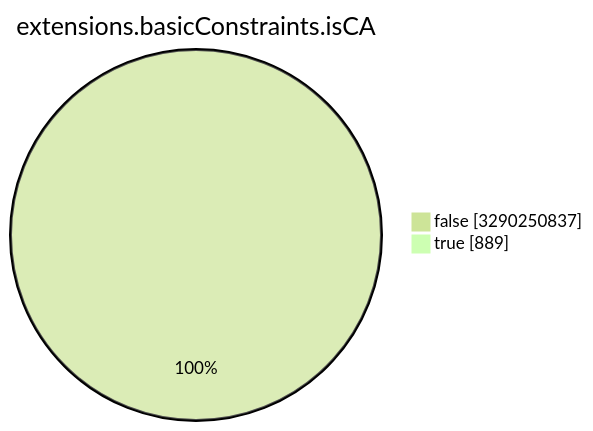
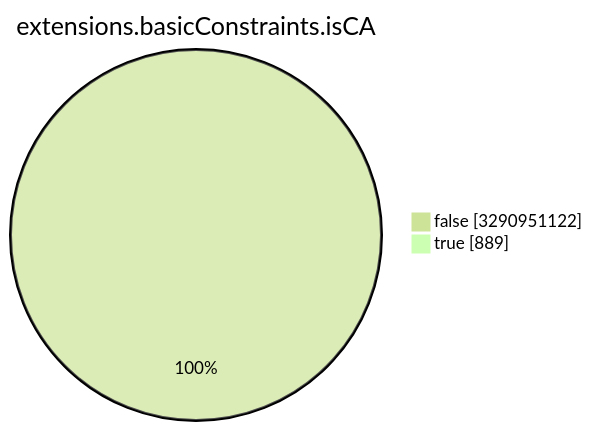
One commit to christiankrug/ctmonitor_visualization changed the seventh of 15 diagrams in TOTAL/README.md. Above: the diagram before and after it, drawn with Mermaid (forest theme). The commit also changed other lines of this file, not shown here.

````diff
--- a/TOTAL/README.md
+++ b/TOTAL/README.md
@@ -3089,6 +3089,6 @@
 ```mermaid
 pie showData
 title extensions.basicConstraints.isCA
-"false" :3290250837
+"false" :3290951122
 "true" :889
 ```
````
